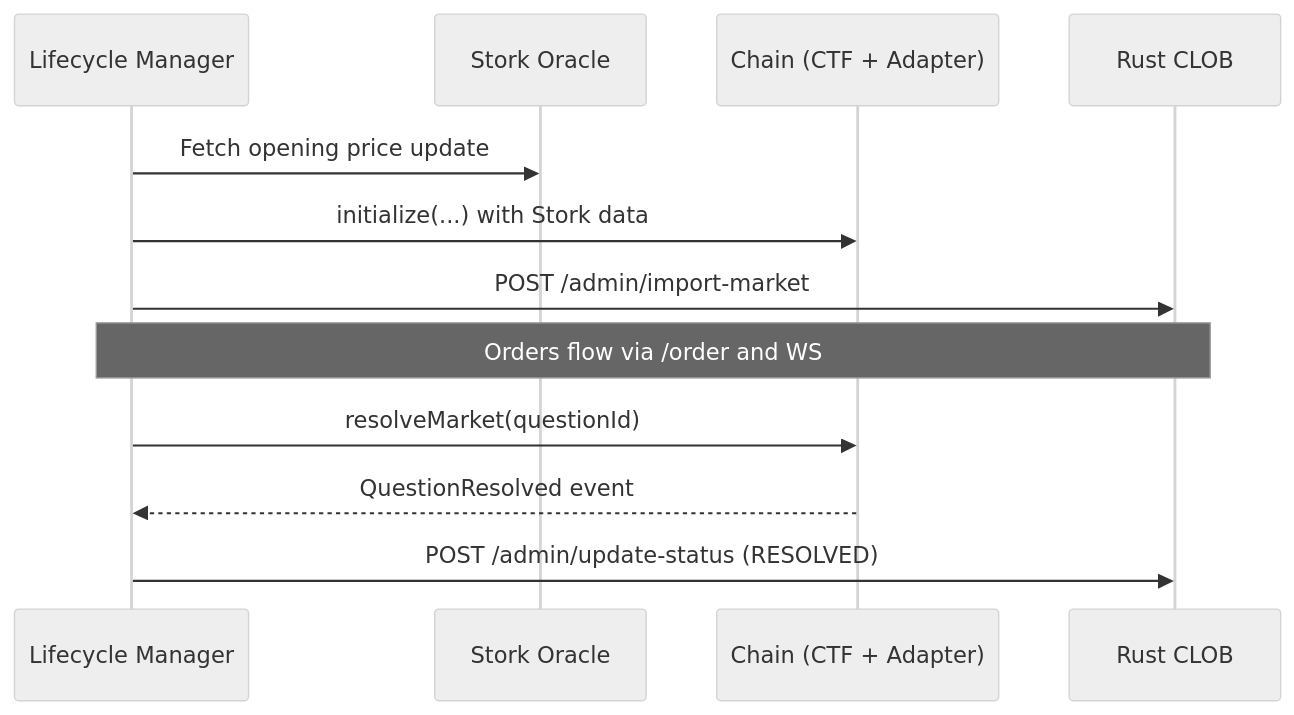
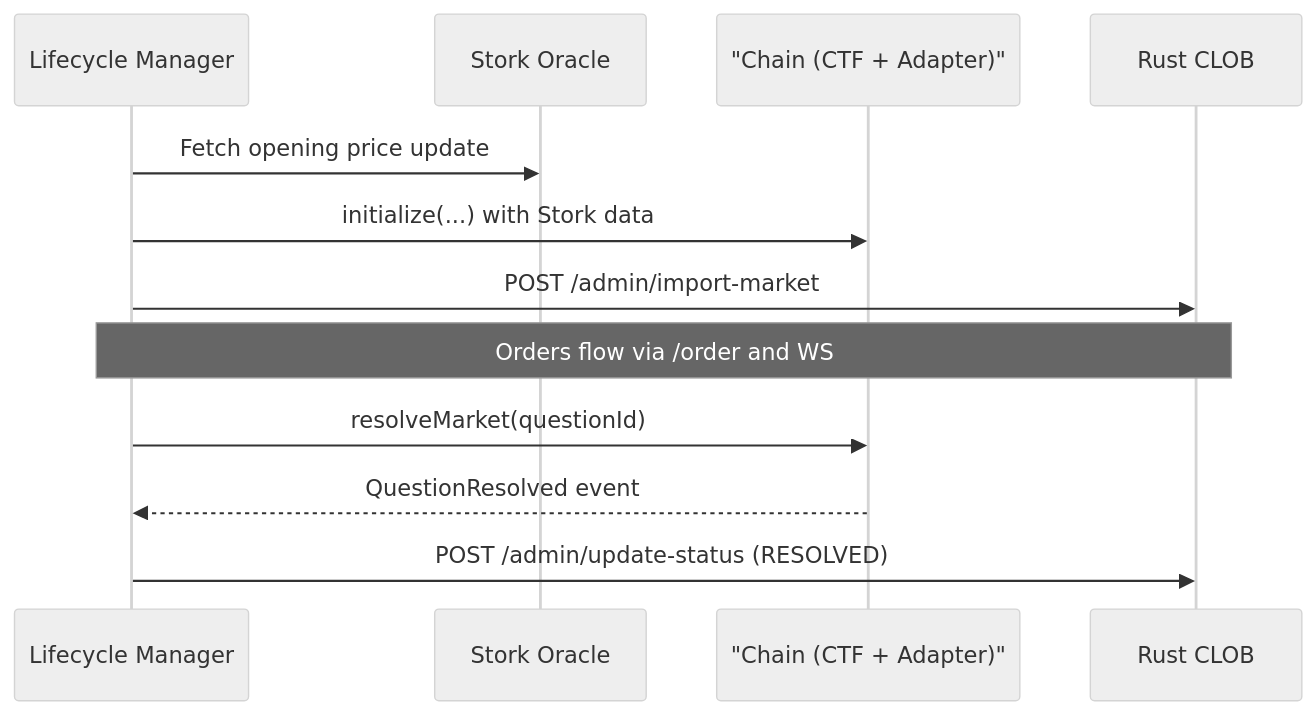
One commit to sanchaymittal/polybook changed the fourth of 4 diagrams in README.md. Above: the diagram before and after it, drawn with Mermaid (neutral theme). The commit also changed other lines of this file, not shown here.

Commit message:
chore: fix mermaid rendering issue

````diff
--- a/README.md
+++ b/README.md
@@ -114,15 +114,15 @@
 ```mermaid
 sequenceDiagram
     participant Life as Lifecycle Manager
     participant Stork as Stork Oracle
-    participant Chain as Chain (CTF + Adapter)
+    participant Chain as "Chain (CTF + Adapter)"
     participant CLOB as Rust CLOB
 
     Life->>Stork: Fetch opening price update
     Life->>Chain: initialize(...) with Stork data
     Life->>CLOB: POST /admin/import-market
     Note over Life,CLOB: Orders flow via /order and WS
     Life->>Chain: resolveMarket(questionId)
     Chain-->>Life: QuestionResolved event
     Life->>CLOB: POST /admin/update-status (RESOLVED)
 ```
````
